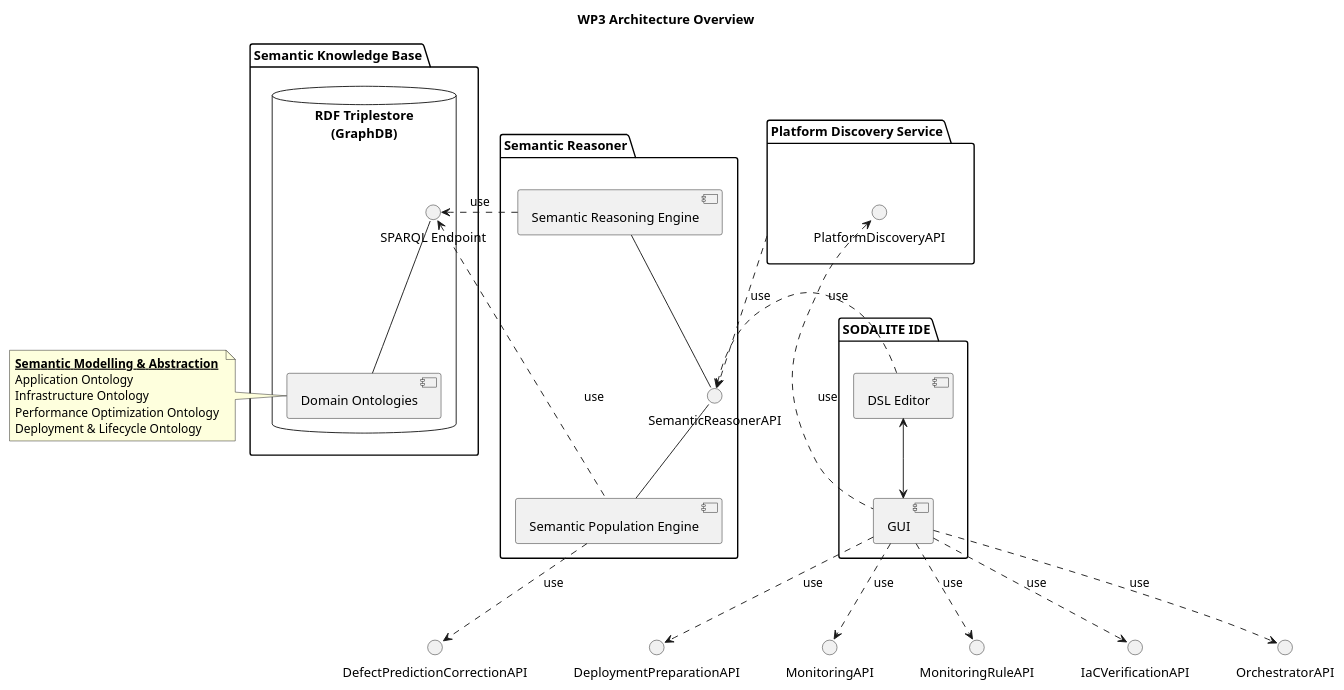
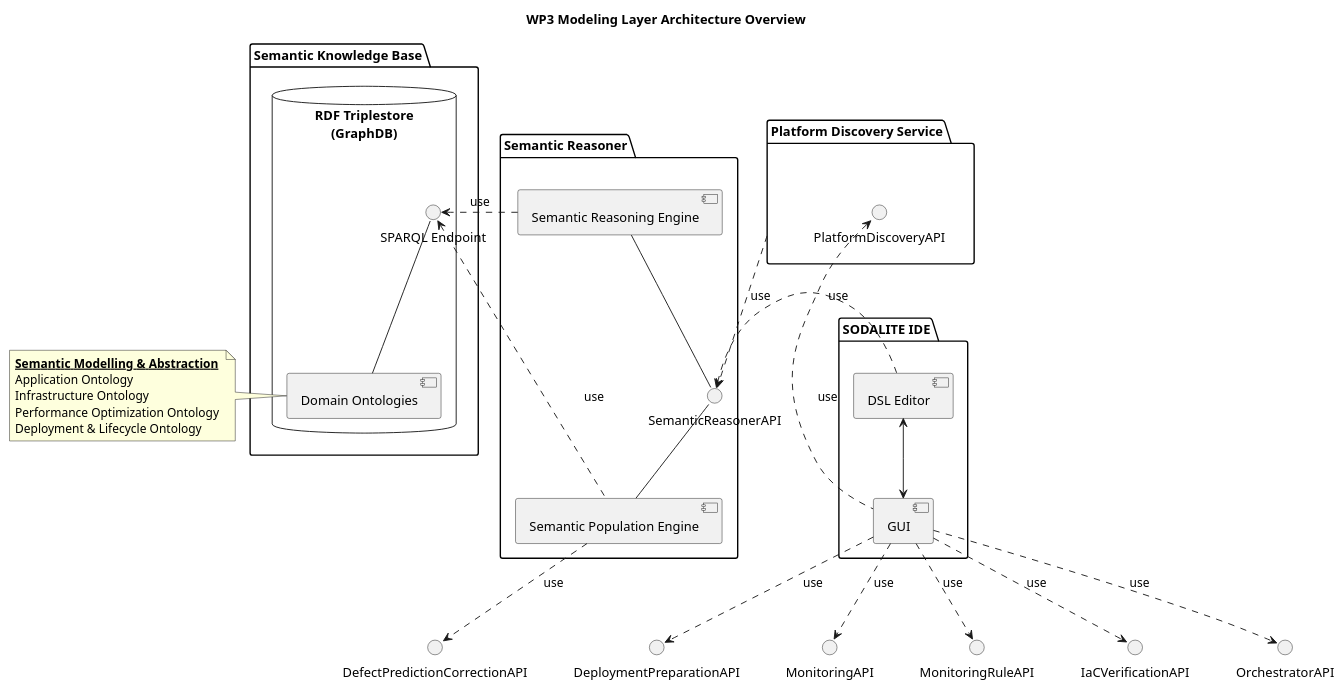
One commit to SODALITE-EU/project-wide-documentation changed the diagram in uml/component-diagrams/CD-WP3-ArchitectureOverview.puml. Above: the diagram before and after it, drawn with PlantUML.

```diff
--- a/uml/component-diagrams/CD-WP3-ArchitectureOverview.puml
+++ b/uml/component-diagrams/CD-WP3-ArchitectureOverview.puml
@@ -1,59 +1,59 @@
 @startuml
 
-title WP3 Architecture Overview
+title WP3 Modeling Layer Architecture Overview
 
 interface "DeploymentPreparationAPI" as deploymentPreparationAPI
 interface "DefectPredictionCorrectionAPI" as correctionAPI
 interface "MonitoringAPI" as monitoringAPI
 interface "MonitoringRuleAPI" as monitoringRuleAPI
 interface "IaCVerificationAPI" as iacverificationAPI
 interface "OrchestratorAPI" as orchestratorAPI
 
 package "Platform Discovery Service" as PDS {
     interface "PlatformDiscoveryAPI" as PDSAPI
 }
 
 package "SODALITE IDE" as IDE {
     component [DSL Editor] as ideDSLeditor
     component [GUI] as ideGUI
 }
 
 package "Semantic Reasoner" as res {
     interface "SemanticReasonerAPI" as resAPI
     component [Semantic Population Engine] as resPopulationEngine
     component [Semantic Reasoning Engine] as resReasoningEngine
 }
 
 package "Semantic Knowledge Base" as repo {
     database "RDF Triplestore\n(GraphDB)" as triplestore {
         interface "SPARQL Endpoint" as repoEndpoint
         component [Domain Ontologies] as repoOntologies
     }
 }
 
 note left of repoOntologies
    __**Semantic Modelling & Abstraction**__ 
    Application Ontology
    Infrastructure Ontology
    Performance Optimization Ontology
    Deployment & Lifecycle Ontology
 end note
 
 ideGUI .up.> PDSAPI : use
 PDS .down.> resAPI : use
 resAPI -down- resPopulationEngine
 resAPI -up- resReasoningEngine
 ideDSLeditor .left.> resAPI: use
 ideDSLeditor <-down-> ideGUI
 repoOntologies -up- repoEndpoint
 resPopulationEngine .left.> repoEndpoint: use
 resReasoningEngine .left.> repoEndpoint: use
 resPopulationEngine ..> correctionAPI: use
 ideGUI ..> deploymentPreparationAPI : use
 ideGUI ..> monitoringAPI : use
 ideGUI ..> monitoringRuleAPI : use
 ideGUI ..> iacverificationAPI : use
 ideGUI ..> orchestratorAPI : use
 
 
 @enduml
```
